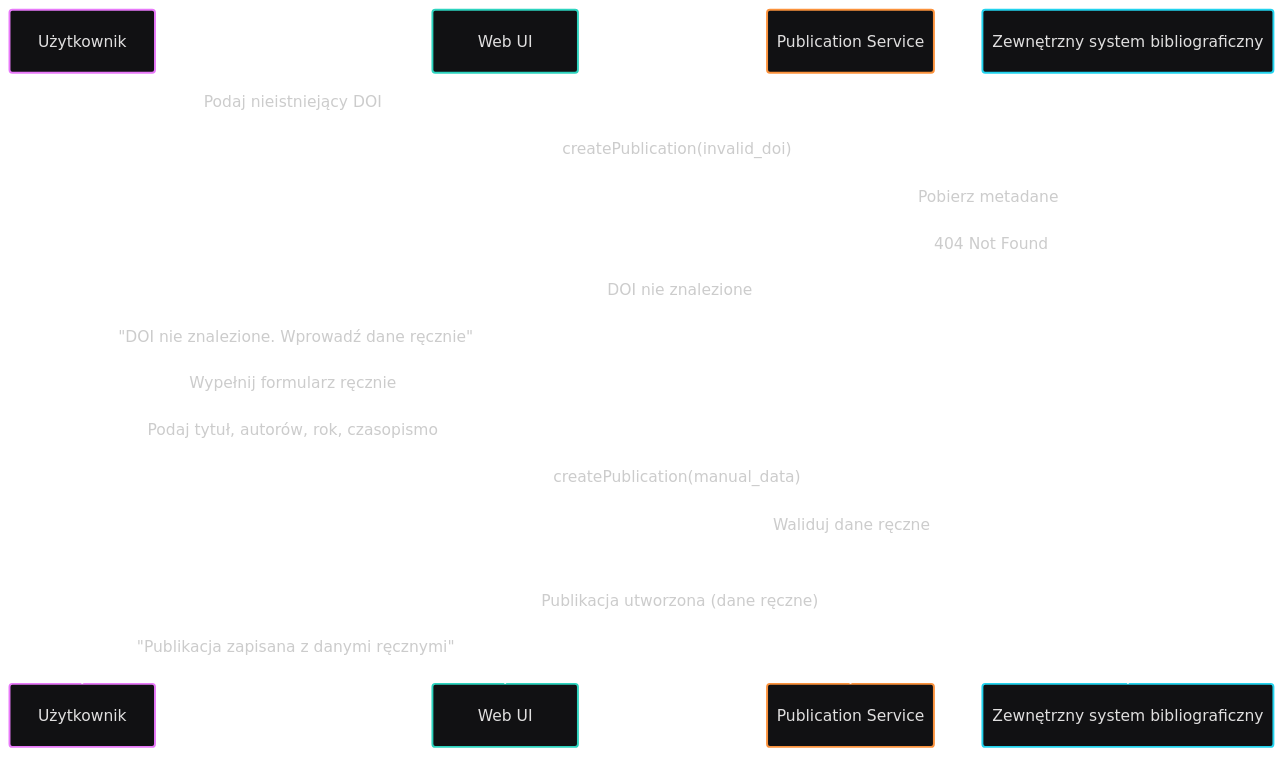
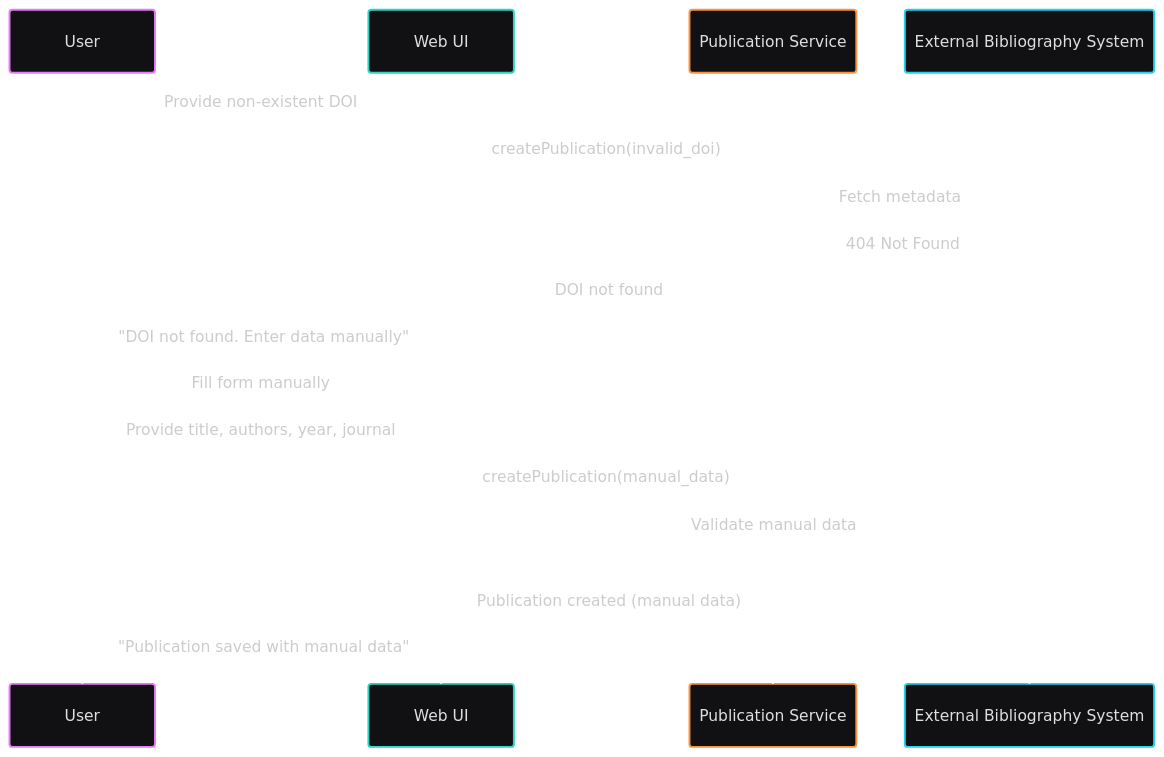
Before and after one commit to jedrzejpolaczek/aviarium.corvidae.corvus_corone: diagram 20 of 33 in docs/requirements/use-cases.md, drawn with Mermaid. The commit also changed other lines of this file and 12 other files, not shown here.

````diff
--- a/docs/requirements/use-cases.md
+++ b/docs/requirements/use-cases.md
@@ -858,23 +858,23 @@
 ```mermaid
 ---
 config:
   theme: redux-dark-color
 ---
 sequenceDiagram
-    participant User as Użytkownik
+    participant User as User
     participant UI as Web UI
     participant PS as Publication Service
-    participant EXT as Zewnętrzny system bibliograficzny
-    User->>UI: Podaj nieistniejący DOI
+    participant EXT as External Bibliography System
+    User->>UI: Provide non-existent DOI
     UI->>PS: createPublication(invalid_doi)
-    PS->>EXT: Pobierz metadane
+    PS->>EXT: Fetch metadata
     EXT-->>PS: 404 Not Found
-    PS-->>UI: DOI nie znalezione
-    UI-->>User: "DOI nie znalezione. Wprowadź dane ręcznie"
-    User->>UI: Wypełnij formularz ręcznie
-    User->>UI: Podaj tytuł, autorów, rok, czasopismo
+    PS-->>UI: DOI not found
+    UI-->>User: "DOI not found. Enter data manually"
+    User->>UI: Fill form manually
+    User->>UI: Provide title, authors, year, journal
     UI->>PS: createPublication(manual_data)
-    PS->>PS: Waliduj dane ręczne
-    PS-->>UI: Publikacja utworzona (dane ręczne)
-    UI-->>User: "Publikacja zapisana z danymi ręcznymi"
+    PS->>PS: Validate manual data
+    PS-->>UI: Publication created (manual data)
+    UI-->>User: "Publication saved with manual data"
 ```
````
